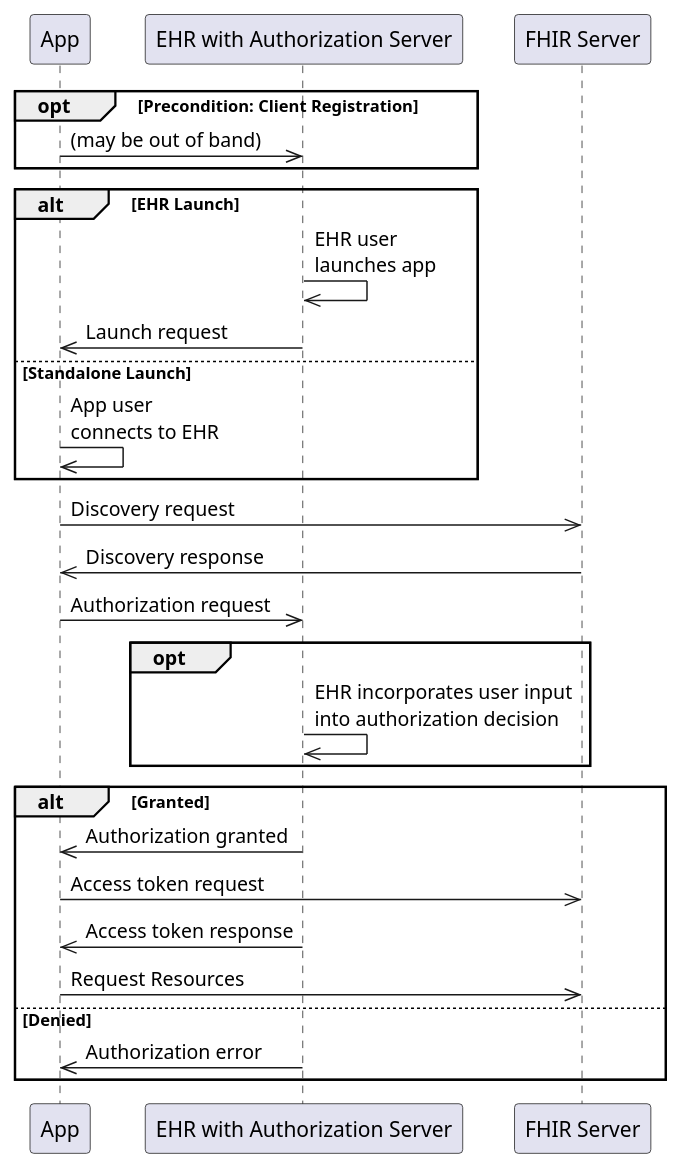
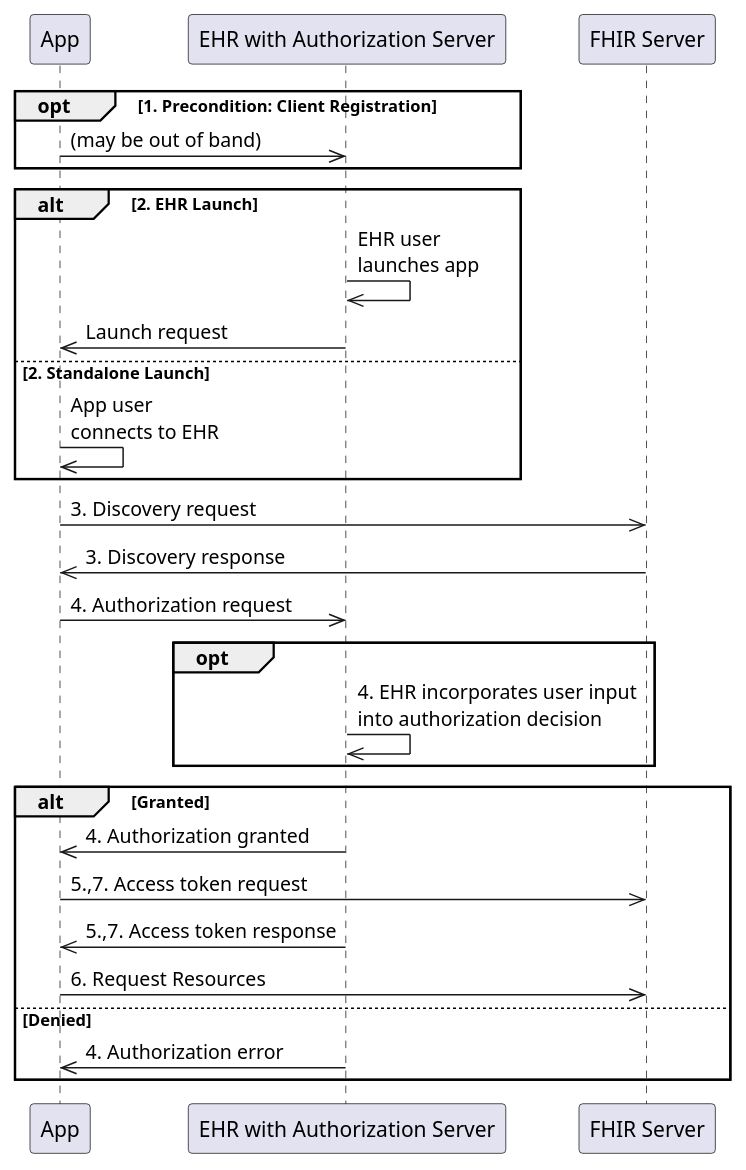
One commit to HL7/smart-app-launch changed the diagram in input/images-source/overview-app-launch.plantuml. Above: the diagram before and after it, drawn with PlantUML.

Commit message:
add numbering to uml

```diff
--- a/input/images-source/overview-app-launch.plantuml
+++ b/input/images-source/overview-app-launch.plantuml
@@ -1,29 +1,29 @@
 @startuml
 participant App
 participant "EHR with Authorization Server" as EHR
 participant "FHIR Server" as FHIR
 
-opt  Precondition: Client Registration
+opt  1. Precondition: Client Registration
     App ->> EHR: (may be out of band)
 end
-alt EHR Launch
+alt 2. EHR Launch
     EHR->>EHR: EHR user \nlaunches app
     EHR->> App: Launch request
-else Standalone Launch
+else 2. Standalone Launch
     App->>App: App user \nconnects to EHR
 end
-App ->> FHIR: Discovery request
-FHIR ->> App: Discovery response
-App ->> EHR: Authorization request
-opt 
-    EHR->> EHR: EHR incorporates user input\ninto authorization decision
+App ->> FHIR: 3. Discovery request
+FHIR ->> App: 3. Discovery response
+App ->> EHR: 4. Authorization request
+opt
+    EHR->> EHR: 4. EHR incorporates user input\ninto authorization decision
 end
 alt Granted
-    EHR ->> App: Authorization granted
-    App ->> FHIR: Access token request
-    EHR ->> App: Access token response
-    App ->> FHIR: Request Resources
+    EHR ->> App: 4. Authorization granted
+    App ->> FHIR: 5.,7. Access token request
+    EHR ->> App: 5.,7. Access token response
+    App ->> FHIR: 6. Request Resources
 else Denied
-    EHR ->> App: Authorization error
+    EHR ->> App: 4. Authorization error
 end
 @enduml
```
